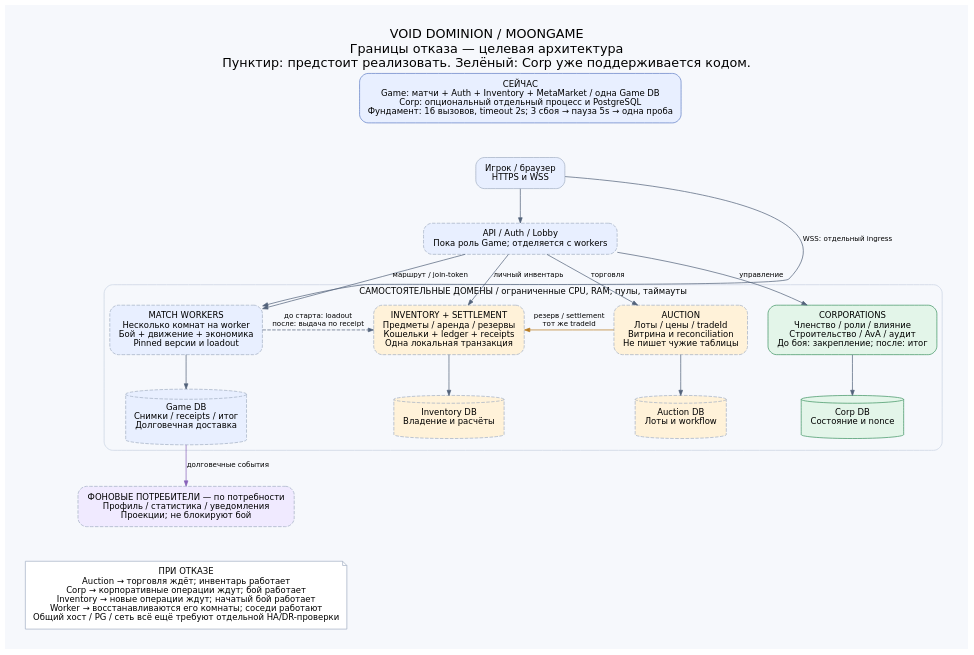
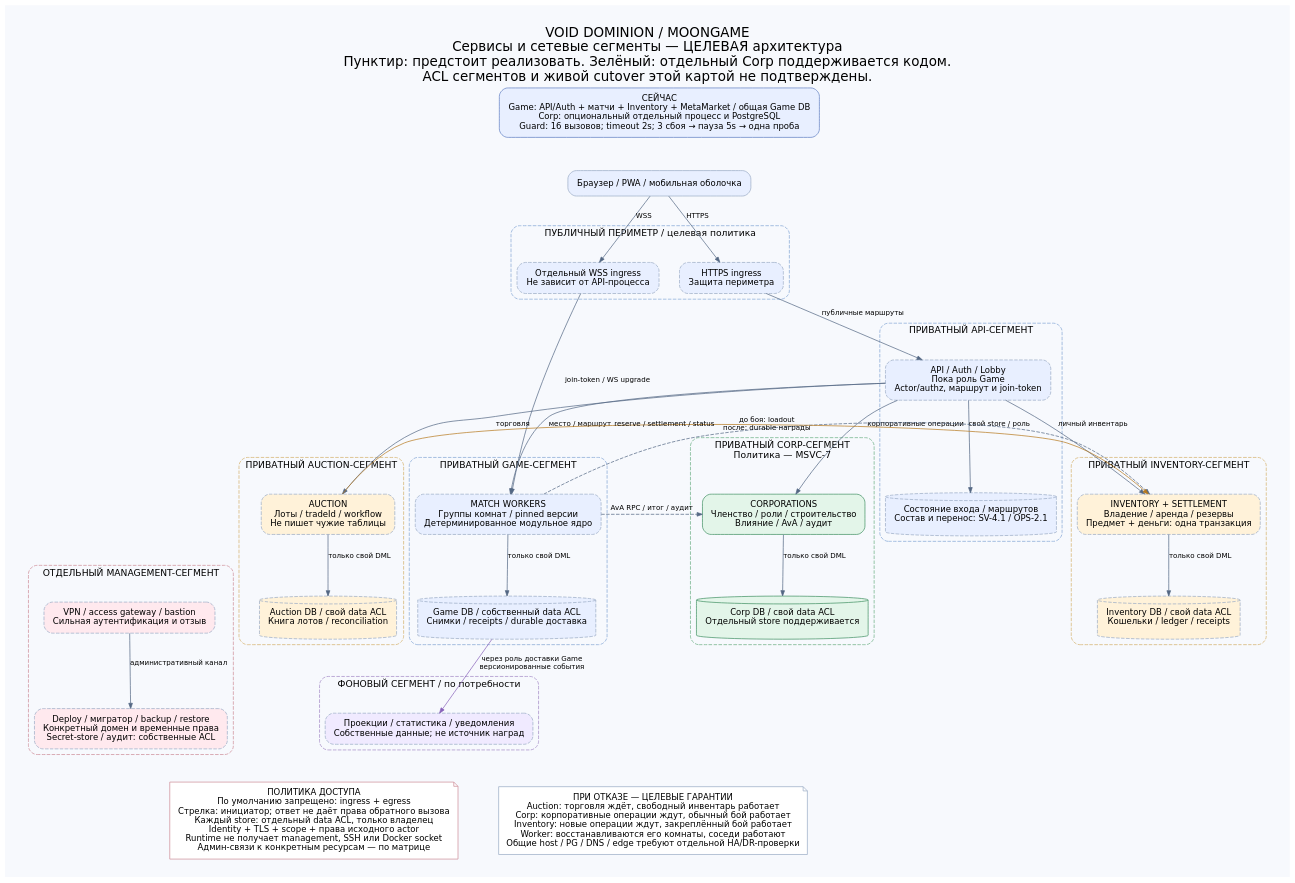
The diagram in docs/diagrams/service-boundaries.dot (MoonGameTechnology/MoonGame), drawn with Graphviz before and after one commit. The commit also changed 8 other files, not shown here.

```diff
--- a/docs/diagrams/service-boundaries.dot
+++ b/docs/diagrams/service-boundaries.dot
@@ -1,37 +1,72 @@
 digraph services {
-  graph [rankdir=TB, bgcolor="#f6f8fc", fontname="DejaVu Sans", fontsize=18, pad=0.4, nodesep=0.4, ranksep=0.65, labelloc=t, label="VOID DOMINION / MOONGAME\nГраницы отказа — целевая архитектура\nПунктир: предстоит реализовать. Зелёный: Corp уже поддерживается кодом."];
-  node [shape=box, style="rounded,filled", fontname="DejaVu Sans", fontsize=12, color="#a3afc3", fillcolor="white", margin="0.18,0.12"];
-  edge [fontname="DejaVu Sans", fontsize=10, color="#52627a", arrowsize=0.75];
-  now [label="СЕЙЧАС\nGame: матчи + Auth + Inventory + MetaMarket / одна Game DB\nCorp: опциональный отдельный процесс и PostgreSQL\nФундамент: 16 вызовов, timeout 2s; 3 сбоя → пауза 5s → одна проба", fillcolor="#e8efff", color="#607ec5"];
-  browser [label="Игрок / браузер\nHTTPS и WSS", fillcolor="#e8efff"];
-  api [label="API / Auth / Lobby\nПока роль Game; отделяется с workers", style="rounded,filled,dashed", fillcolor="#e8efff"];
-  now -> browser [style=invis];
-  browser -> api;
-  subgraph cluster_domains {
-    label="САМОСТОЯТЕЛЬНЫЕ ДОМЕНЫ / ограниченные CPU, RAM, пулы, таймауты";
-    color="#c9d3e3"; style=rounded; fontsize=12;
-    workers [label="MATCH WORKERS\nНесколько комнат на worker\nБой + движение + экономика\nPinned версии и loadout", style="rounded,filled,dashed", fillcolor="#e8efff"];
-    inventory [label="INVENTORY + SETTLEMENT\nПредметы / аренда / резервы\nКошельки + ledger + receipts\nОдна локальная транзакция", style="rounded,filled,dashed", fillcolor="#fff2d9"];
-    auction [label="AUCTION\nЛоты / цены / tradeId\nВитрина и reconciliation\nНе пишет чужие таблицы", style="rounded,filled,dashed", fillcolor="#fff2d9"];
-    corp [label="CORPORATIONS\nЧленство / роли / влияние\nСтроительство / AvA / аудит\nДо боя: закрепление; после: итог", fillcolor="#e3f5e9", color="#3e9362"];
-    {rank=same; workers; inventory; auction; corp;}
-    gameDB [shape=cylinder, label="Game DB\nСнимки / receipts / итог\nДолговечная доставка", style="filled,dashed", fillcolor="#e8efff"];
-    inventoryDB [shape=cylinder,label="Inventory DB\nВладение и расчёты",style="filled,dashed",fillcolor="#fff2d9"];
-    auctionDB [shape=cylinder,label="Auction DB\nЛоты и workflow",style="filled,dashed",fillcolor="#fff2d9"];
-    corpDB [shape=cylinder,label="Corp DB\nСостояние и nonce",fillcolor="#e3f5e9",color="#3e9362"];
-    {rank=same; gameDB; inventoryDB; auctionDB; corpDB;}
-    workers -> gameDB; inventory -> inventoryDB; auction -> auctionDB; corp -> corpDB;
+  graph [rankdir=TB, bgcolor="#f7f9fd", fontname="DejaVu Sans", fontsize=19, pad=0.35, nodesep=0.4, ranksep=0.62, compound=true, labelloc=t, label="VOID DOMINION / MOONGAME\nСервисы и сетевые сегменты — ЦЕЛЕВАЯ архитектура\nПунктир: предстоит реализовать. Зелёный: отдельный Corp поддерживается кодом.\nACL сегментов и живой cutover этой картой не подтверждены."];
+  node [shape=box, style="rounded,filled", fontname="DejaVu Sans", fontsize=12, color="#9babc5", fillcolor="white", margin="0.18,0.13"];
+  edge [fontname="DejaVu Sans", fontsize=10, color="#536783", arrowsize=0.75];
+  current [label="СЕЙЧАС\nGame: API/Auth + матчи + Inventory + MetaMarket / общая Game DB\nCorp: опциональный отдельный процесс и PostgreSQL\nGuard: 16 вызовов; timeout 2s; 3 сбоя → пауза 5s → одна проба", fillcolor="#e8efff", color="#617fc2"];
+  browser [label="Браузер / PWA / мобильная оболочка", fillcolor="#e8efff"];
+  current -> browser [style=invis];
+  subgraph cluster_edge {
+    label="ПУБЛИЧНЫЙ ПЕРИМЕТР / целевая политика"; color="#83a5d4"; style="rounded,dashed"; fontsize=13;
+    http [label="HTTPS ingress\nЗащита периметра", style="rounded,filled,dashed", fillcolor="#e8efff"];
+    wss [label="Отдельный WSS ingress\nНе зависит от API-процесса", style="rounded,filled,dashed", fillcolor="#e8efff"];
+    {rank=same; http; wss;}
   }
-  api -> workers [label="маршрут / join-token"];
-  browser -> workers [label="WSS: отдельный ingress",constraint=false];
+  subgraph cluster_api {
+    label="ПРИВАТНЫЙ API-СЕГМЕНТ"; color="#83a5d4"; style="rounded,dashed"; fontsize=13;
+    api [label="API / Auth / Lobby\nПока роль Game\nActor/authz, маршрут и join-token", style="rounded,filled,dashed", fillcolor="#e8efff"];
+    apiStore [shape=cylinder, label="Состояние входа / маршрутов\nСостав и перенос: SV-4.1 / OPS-2.1", style="filled,dashed", fillcolor="#e8efff"];
+    api -> apiStore [label="свой store / роль"];
+  }
+  subgraph cluster_game {
+    label="ПРИВАТНЫЙ GAME-СЕГМЕНТ"; color="#83a5d4"; style="rounded,dashed"; fontsize=13;
+    game [label="MATCH WORKERS\nГруппы комнат / pinned версии\nДетерминированное модульное ядро", style="rounded,filled,dashed", fillcolor="#e8efff"];
+    gameDB [shape=cylinder, label="Game DB / собственный data ACL\nСнимки / receipts / durable доставка", style="filled,dashed", fillcolor="#e8efff"];
+    game -> gameDB [label="только свой DML"];
+  }
+  subgraph cluster_inv {
+    label="ПРИВАТНЫЙ INVENTORY-СЕГМЕНТ"; color="#d4b16c"; style="rounded,dashed"; fontsize=13;
+    inventory [label="INVENTORY + SETTLEMENT\nВладение / аренда / резервы\nПредмет + деньги: одна транзакция", style="rounded,filled,dashed", fillcolor="#fff2d9"];
+    invDB [shape=cylinder, label="Inventory DB / свой data ACL\nКошельки / ledger / receipts", style="filled,dashed", fillcolor="#fff2d9"];
+    inventory -> invDB [label="только свой DML"];
+  }
+  subgraph cluster_auction {
+    label="ПРИВАТНЫЙ AUCTION-СЕГМЕНТ"; color="#d4b16c"; style="rounded,dashed"; fontsize=13;
+    auction [label="AUCTION\nЛоты / tradeId / workflow\nНе пишет чужие таблицы", style="rounded,filled,dashed", fillcolor="#fff2d9"];
+    auctionDB [shape=cylinder, label="Auction DB / свой data ACL\nКнига лотов / reconciliation", style="filled,dashed", fillcolor="#fff2d9"];
+    auction -> auctionDB [label="только свой DML"];
+  }
+  subgraph cluster_corp {
+    label="ПРИВАТНЫЙ CORP-СЕГМЕНТ\nПолитика — MSVC-7"; color="#6baf84"; style="rounded,dashed"; fontsize=13;
+    corp [label="CORPORATIONS\nЧленство / роли / строительство\nВлияние / AvA / аудит", fillcolor="#e3f5e9", color="#409163"];
+    corpDB [shape=cylinder, label="Corp DB / свой data ACL\nОтдельный store поддерживается", fillcolor="#e3f5e9", color="#409163"];
+    corp -> corpDB [label="только свой DML"];
+  }
+  subgraph cluster_bg {
+    label="ФОНОВЫЙ СЕГМЕНТ / по потребности"; color="#a48ac7"; style="rounded,dashed"; fontsize=13;
+    bg [label="Проекции / статистика / уведомления\nСобственные данные; не источник наград", style="rounded,filled,dashed", fillcolor="#f0eaff"];
+  }
+  subgraph cluster_mgmt {
+    label="ОТДЕЛЬНЫЙ MANAGEMENT-СЕГМЕНТ"; color="#ce8c98"; style="rounded,dashed"; fontsize=13;
+    access [label="VPN / access gateway / bastion\nСильная аутентификация и отзыв", style="rounded,filled,dashed", fillcolor="#ffe9ee"];
+    jobs [label="Deploy / мигратор / backup / restore\nКонкретный домен и временные права\nSecret-store / аудит: собственные ACL", style="rounded,filled,dashed", fillcolor="#ffe9ee"];
+    access -> jobs [label="административный канал"];
+  }
+  browser -> http [label="HTTPS"];
+  browser -> wss [label="WSS"];
+  http -> api [label="публичные маршруты"];
+  wss -> game [label="join-token / WS upgrade"];
+  api -> game [label="место / маршрут"];
   api -> inventory [label="личный инвентарь"];
   api -> auction [label="торговля"];
-  api -> corp [label="управление"];
-  auction -> inventory [label="резерв / settlement\nтот же tradeId",constraint=false,color="#b7791f"];
-  workers -> inventory [label="до старта: loadout\nпосле: выдача по receipt",style=dashed,constraint=false];
-  
-  background [label="ФОНОВЫЕ ПОТРЕБИТЕЛИ — по потребности\nПрофиль / статистика / уведомления\nПроекции; не блокируют бой",style="rounded,filled,dashed",fillcolor="#f0eaff"];
-  gameDB -> background [label="долговечные события",color="#8862ba"];
-  rule [shape=note,label="ПРИ ОТКАЗЕ\nAuction → торговля ждёт; инвентарь работает\nCorp → корпоративные операции ждут; бой работает\nInventory → новые операции ждут; начатый бой работает\nWorker → восстанавливаются его комнаты; соседи работают\nОбщий хост / PG / сеть всё ещё требуют отдельной HA/DR-проверки",fillcolor="white"];
-  background -> rule [style=invis];
+  api -> corp [label="корпоративные операции"];
+  auction -> inventory [label="reserve / settlement / status", color="#b7791f", constraint=false];
+  game -> inventory [label="до боя: loadout\nпосле: durable награды", style=dashed, constraint=false];
+  game -> corp [label="AvA RPC / итог / аудит", style=dashed, constraint=false];
+  gameDB -> bg [label="через роль доставки Game\nверсионированные события", color="#8862ba"];
+  policy [shape=note, label="ПОЛИТИКА ДОСТУПА\nПо умолчанию запрещено: ingress + egress\nСтрелка: инициатор; ответ не даёт права обратного вызова\nКаждый store: отдельный data ACL, только владелец\nIdentity + TLS + scope + права исходного actor\nRuntime не получает management, SSH или Docker socket\nАдмин-связи к конкретным ресурсам — по матрице", fillcolor="white", color="#ce8c98"];
+  bg -> policy [style=invis];
+  jobs -> policy [style=invis];
+  note [shape=note, label="ПРИ ОТКАЗЕ — ЦЕЛЕВЫЕ ГАРАНТИИ\nAuction: торговля ждёт, свободный инвентарь работает\nCorp: корпоративные операции ждут, обычный бой работает\nInventory: новые операции ждут, закреплённый бой работает\nWorker: восстанавливаются его комнаты, соседи работают\nОбщие host / PG / DNS / edge требуют отдельной HA/DR-проверки", fillcolor="white"];
+  {rank=same; policy; note;}
+  policy -> note [style=invis];
 }
```
